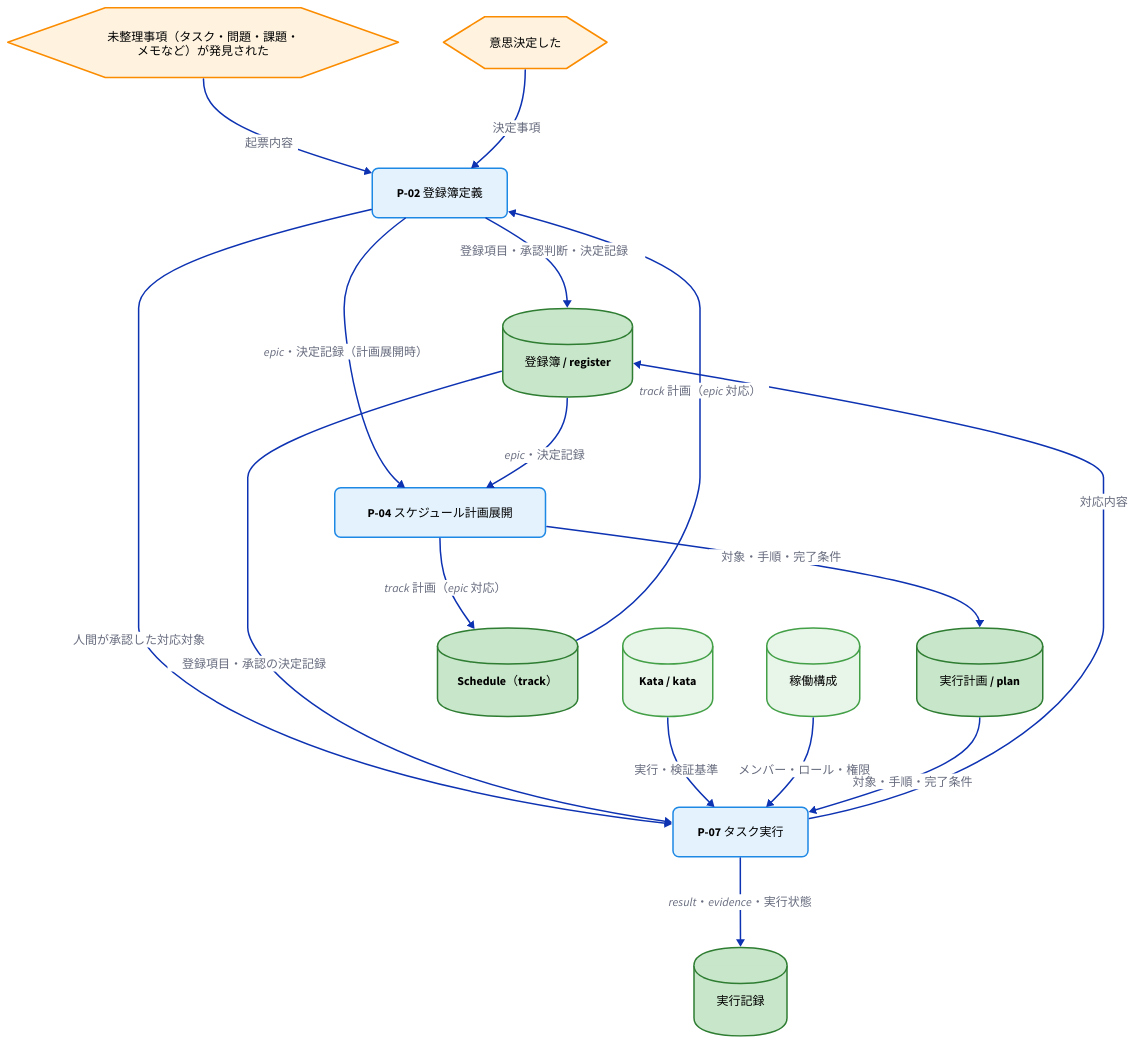
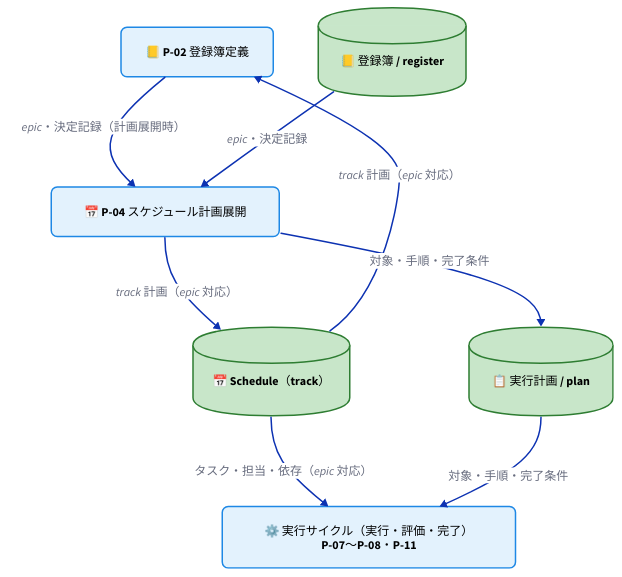
One commit to specdojo/specdojo changed the second of 4 diagrams in docs/ja/product/010-business-specs/010-data-flow/cdfd-uc-register.md. Above: the diagram before and after it, drawn with D2. The commit also changed other lines of this file and 4 other files, not shown here.

Commit message:
exec(T-DATA-FLOW-UC-REWRITE-cdfd-uc-register-020): apply task changes

````diff
--- a/docs/ja/product/010-business-specs/010-data-flow/cdfd-uc-register.md
+++ b/docs/ja/product/010-business-specs/010-data-flow/cdfd-uc-register.md
@@ -79,68 +135,54 @@
 ```d2
 direction: down
 
 classes: {
   process: {
     shape: rectangle
     style: {
       border-radius: 8
       fill: "#e3f2fd"
       stroke: "#1e88e5"
       font-color: "#000000"
     }
   }
   event: {
     shape: hexagon
     style: {
       fill: "#fff3e0"
       stroke: "#fb8c00"
       font-color: "#000000"
     }
   }
   store_master: {
     shape: cylinder
     style: {
       fill: "#e8f5e9"
       stroke: "#43a047"
       font-color: "#000000"
     }
   }
   store_transaction: {
     shape: cylinder
     style: {
       fill: "#c8e6c9"
       stroke: "#2e7d32"
       font-color: "#000000"
     }
   }
 }
 
-register_def: "P-02 登録簿定義" { class: process }
-plan: "P-04 スケジュール計画展開" { class: process }
-execute: "P-07 タスク実行" { class: process }
+register_def: "📒 P-02 登録簿定義" { class: process }
+plan: "📅 P-04 スケジュール計画展開" { class: process }
+exec_cycle: "⚙️ 実行サイクル（実行・評価・完了）\nP-07〜P-08・P-11" { class: process }
+register: "📒 登録簿 / register" { class: store_transaction }
+schedule: "📅 Schedule（track）" { class: store_transaction }
+exec_plan: "📋 実行計画 / plan" { class: store_transaction }
 
-start: "未整理事項（タスク・問題・課題・\nメモなど）が発見された" { class: event }
-decision: "意思決定した" { class: event }
-kata: "Kata / kata" { class: store_master }
-config: "稼働構成" { class: store_master }
-register: "登録簿 / register" { class: store_transaction }
-schedule: "Schedule（track）" { class: store_transaction }
-exec_plan: "実行計画 / plan" { class: store_transaction }
-exec_log: "実行記録" { class: store_transaction }
-
-start -> register_def: "起票内容"
-decision -> register_def: "決定事項"
-register_def -> register: "登録項目・承認判断・決定記録"
-register_def -> execute: "人間が承認した対応対象"
-register -> execute: "登録項目・承認の決定記録"
-execute <- kata: "実行・検証基準"
-execute <- config: "メンバー・ロール・権限"
 register_def -> plan: "epic・決定記録（計画展開時）"
 register -> plan: "epic・決定記録"
 plan -> schedule: "track 計画（epic 対応）"
 register_def <- schedule: "track 計画（epic 対応）"
 plan -> exec_plan: "対象・手順・完了条件"
-exec_plan -> execute: "対象・手順・完了条件"
-register <- execute: "対応内容"
-execute -> exec_log: "result・evidence・実行状態"
+schedule -> exec_cycle: "タスク・担当・依存（epic 対応）"
+exec_plan -> exec_cycle: "対象・手順・完了条件"
 ```
````
